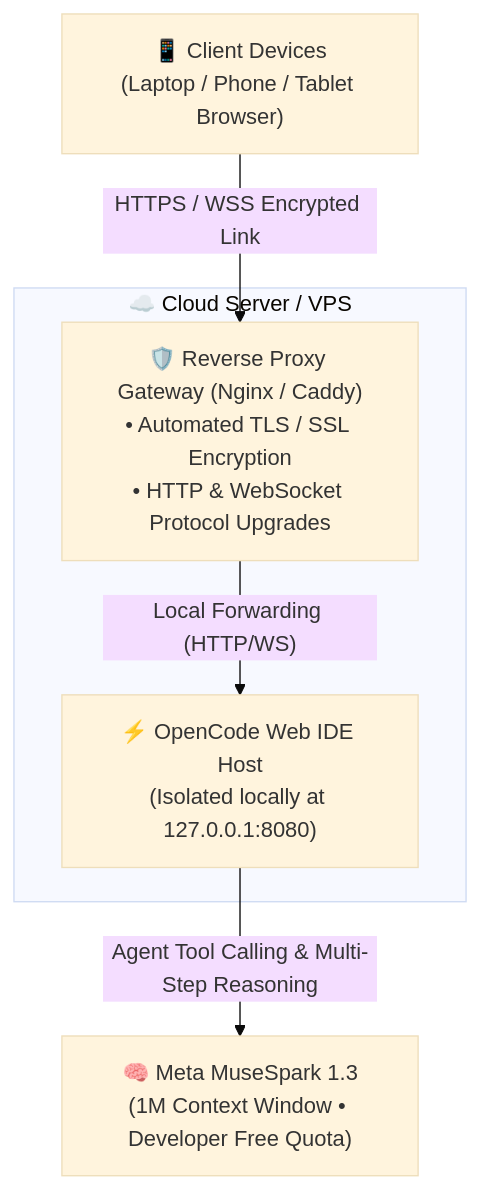
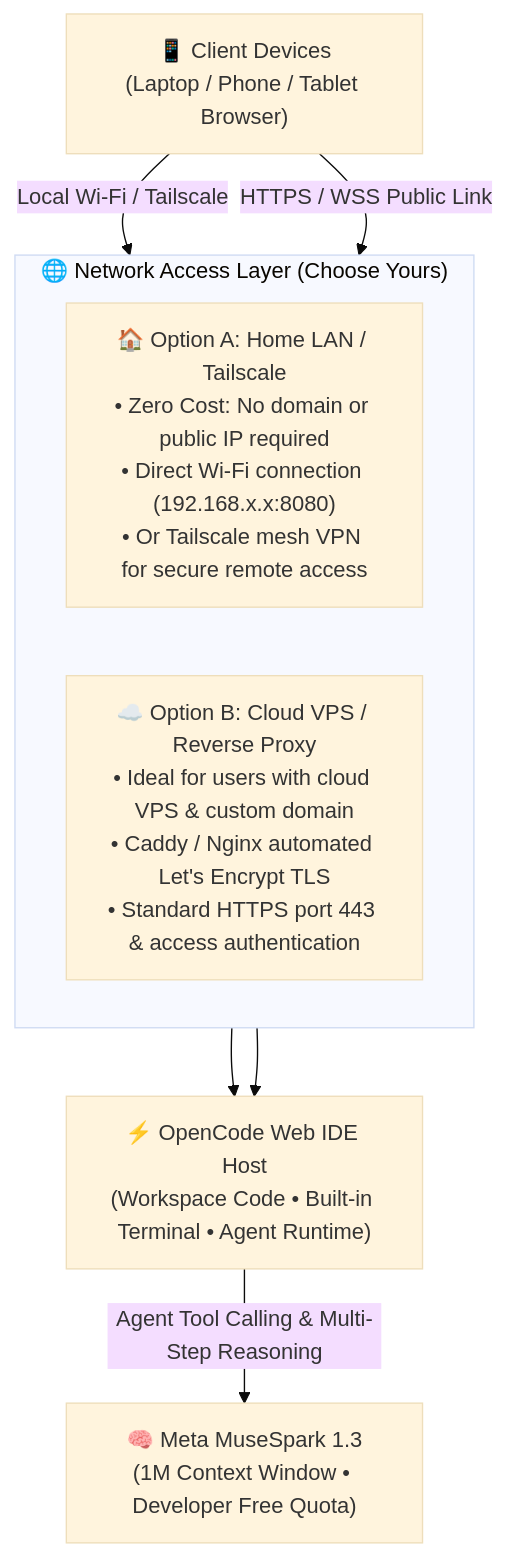
One commit to zjshen14/zjshen14.github.io changed the diagram in src/content/blog/en/setup-opencode-remote-web-ide.md. Above: the diagram before and after it, drawn with Mermaid (base theme). The commit also changed other lines of this file and 1 other file, not shown here.

Commit message:
docs: expand OpenCode post with home LAN and Tailscale workflows without requiring domain

````diff
--- a/src/content/blog/en/setup-opencode-remote-web-ide.md
+++ b/src/content/blog/en/setup-opencode-remote-web-ide.md
@@ -26,15 +26,19 @@
 ```mermaid
 flowchart TD
     Client["📱 Client Devices<br/>(Laptop / Phone / Tablet Browser)"]
-    
-    subgraph CloudServer ["☁️ Cloud Server / VPS"]
-        Proxy["🛡️ Reverse Proxy Gateway (Nginx / Caddy)<br/>• Automated TLS / SSL Encryption<br/>• HTTP & WebSocket Protocol Upgrades"]
-        OpenCode["⚡ OpenCode Web IDE Host<br/>(Isolated locally at 127.0.0.1:8080)"]
+
+    subgraph NetworkAccess ["🌐 Network Access Layer (Choose Yours)"]
+        direction LR
+        LAN["🏠 Option A: Home LAN / Tailscale<br/>• Zero Cost: No domain or public IP required<br/>• Direct Wi-Fi connection (192.168.x.x:8080)<br/>• Or Tailscale mesh VPN for secure remote access"]
+        Proxy["☁️ Option B: Cloud VPS / Reverse Proxy<br/>• Ideal for users with cloud VPS & custom domain<br/>• Caddy / Nginx automated Let's Encrypt TLS<br/>• Standard HTTPS port 443 & access authentication"]
     end
-    
+
+    OpenCode["⚡ OpenCode Web IDE Host<br/>(Workspace Code • Built-in Terminal • Agent Runtime)"]
     LLM["🧠 Meta MuseSpark 1.3<br/>(1M Context Window • Developer Free Quota)"]
 
-    Client -->|"HTTPS / WSS Encrypted Link"| Proxy
-    Proxy -->|"Local Forwarding (HTTP/WS)"| OpenCode
+    Client -->|"Local Wi-Fi / Tailscale"| LAN
+    Client -->|"HTTPS / WSS Public Link"| Proxy
+    LAN --> OpenCode
+    Proxy --> OpenCode
     OpenCode -->|"Agent Tool Calling & Multi-Step Reasoning"| LLM
 ```
````
